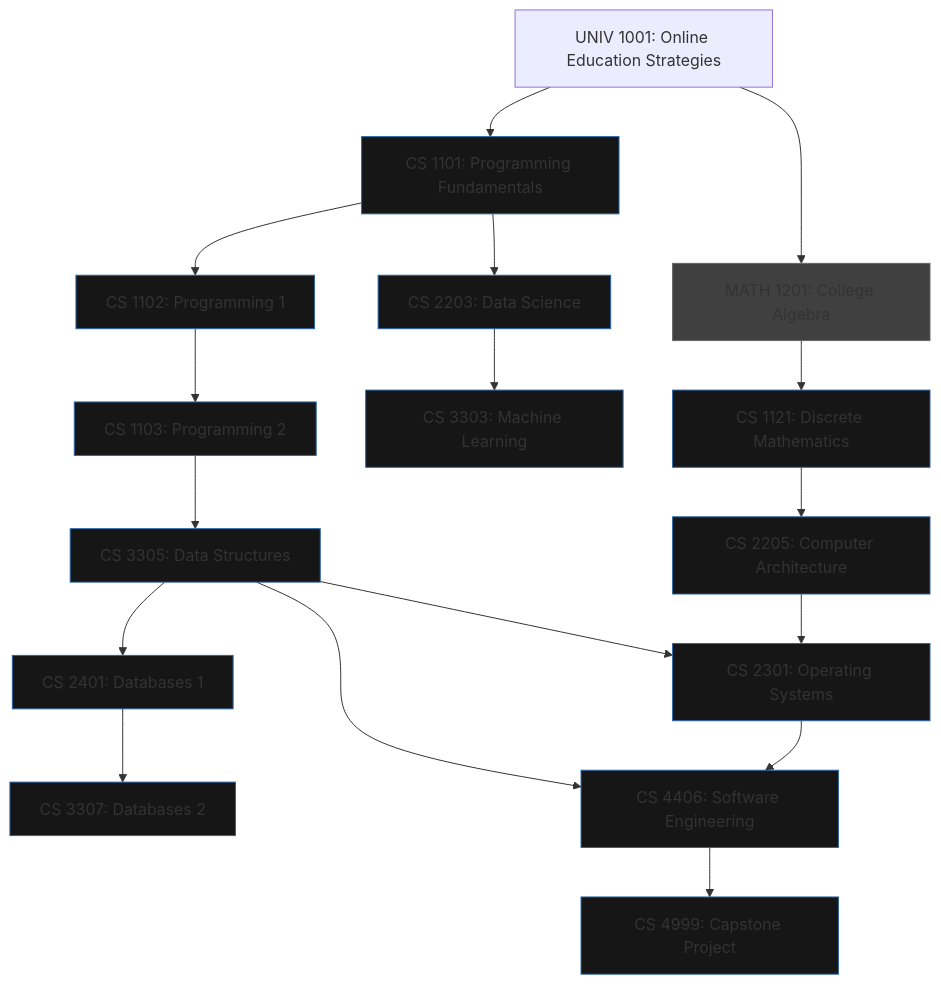
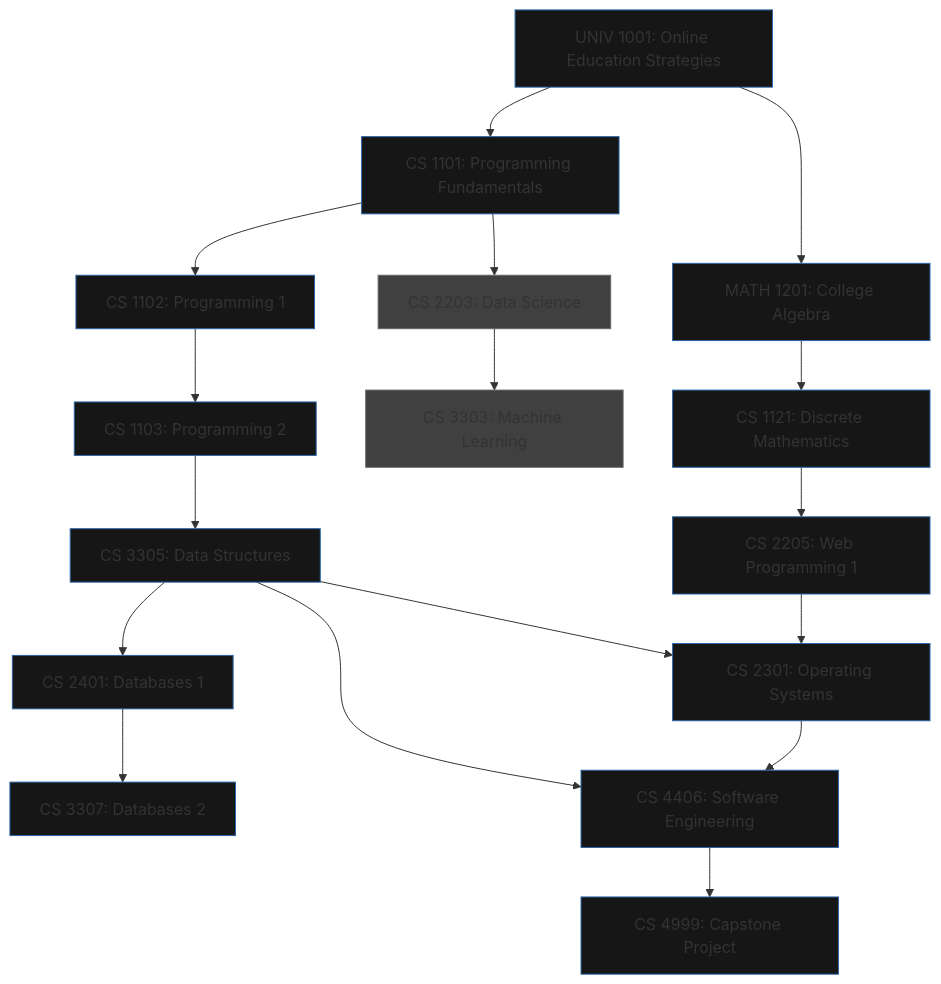
One commit to UoPeople-Computing-Network/awesome-uopeople-cs changed the diagram in README.md. Above: the diagram before and after it, drawn with Mermaid. The commit also changed other lines of this file, not shown here.

````diff
--- a/README.md
+++ b/README.md
@@ -5,43 +8,44 @@
 ```mermaid
 graph TD
     %% === Course Nodes ===
     A[UNIV 1001: Online Education Strategies]
     B[CS 1101: Programming Fundamentals]
     C[CS 1102: Programming 1]
     D[CS 1103: Programming 2]
     E[CS 3305: Data Structures]
     F[CS 2203: Data Science]
     G[CS 3303: Machine Learning]
     H[MATH 1201: College Algebra]
     I[CS 1121: Discrete Mathematics]
-    J[CS 2205: Computer Architecture]
+    J[CS 2205: Web Programming 1]
     K[CS 2401: Databases 1]
     L[CS 3307: Databases 2]
     M[CS 2301: Operating Systems]
     N[CS 4406: Software Engineering]
     O[CS 4999: Capstone Project]
 
     %% === Relationships ===
     A --> B
     B --> C
     C --> D
     D --> E
     B --> F
     F --> G
     A --> H
     H --> I
     I --> J
     E --> K
     K --> L
     J --> M
     E --> M
     M --> N
     E --> N
     N --> O
 
     %% === Styling ===
-    classDef cs fill:#161616,stroke:#2a65a6,stroke-width:1px;
-    classDef math fill:#404040,stroke:#666,stroke-width:1px;
-    class B,C,D,E,F,G,I,J,K,L,M,N,O cs;
-    class H math;
+    classDef required fill:#161616,stroke:#2a65a6,stroke-width:1px;
+    classDef elective fill:#404040,stroke:#666,stroke-width:1px;
+
+    class A,B,C,D,E,H,I,J,K,L,M,N,O required;
+    class F,G elective;
 ```
````
